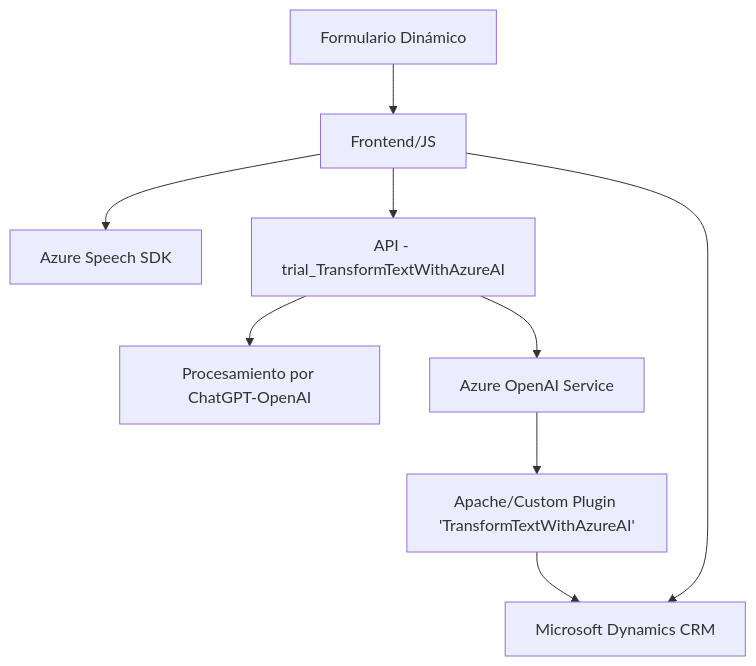
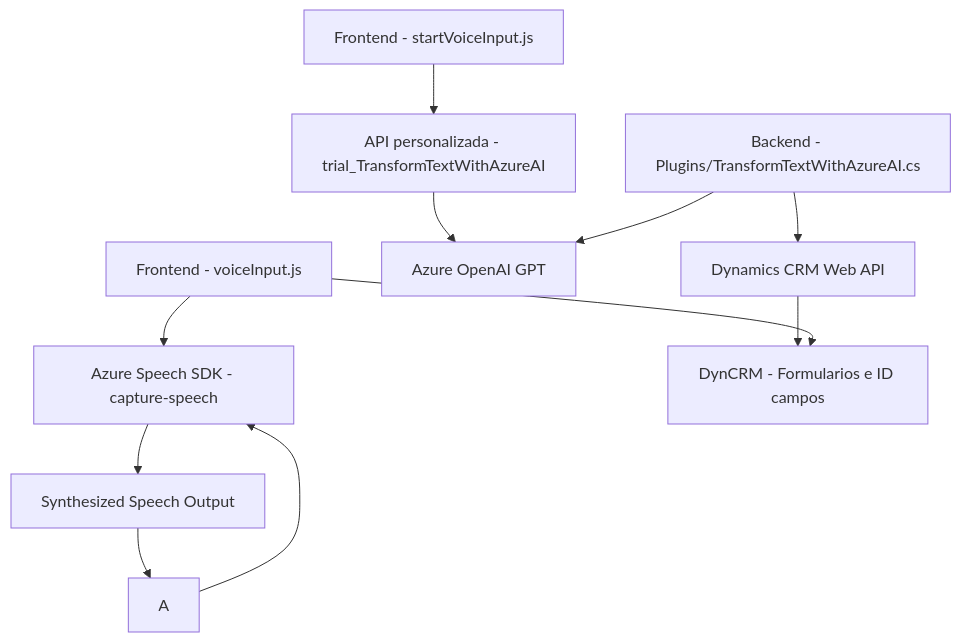
Before and after one commit to blopezdm/NETCORE_BILBAO2025: the diagram in README.md, drawn with Mermaid. The commit also changed other lines of this file, not shown here.

````diff
--- a/README.md
+++ b/README.md
@@ -28,20 +33,19 @@
 ```mermaid
 graph TD
-  A["Formulario Dinámico"]
-  B["Frontend/JS"]
-  C["Procesamiento por ChatGPT-OpenAI"]
-  D["Microsoft Dynamics CRM"]
-  E["Apache/Custom Plugin 'TransformTextWithAzureAI'"]
-  F["Azure Speech SDK"]
-  G["Azure OpenAI Service"]
-  H["API - trial_TransformTextWithAzureAI"]
+    A1["Frontend - voiceInput.js"]
+    A2["Frontend - startVoiceInput.js"]
+    A3["Backend - Plugins/TransformTextWithAzureAI.cs"]
 
-  A --> B
-  B --> F
-  B --> H
-  B --> D
-  H --> C
-  H --> G
-  E --> D
-  G --> E
+    A1-->B1["Azure Speech SDK - capture-speech"]
+    A2-->B2["API personalizada - trial_TransformTextWithAzureAI"]
+    B2-->C1["Azure OpenAI GPT"]
+    A3-->C1
+    A3-->C2["Dynamics CRM Web API"]
+    
+    B1-->B3["Synthesized Speech Output"]
+    C2-->D1["DynCRM - Formularios e ID campos"]
+
+    A1-->D1
+    B3-->A
+    A-->B1    
 ```
````
